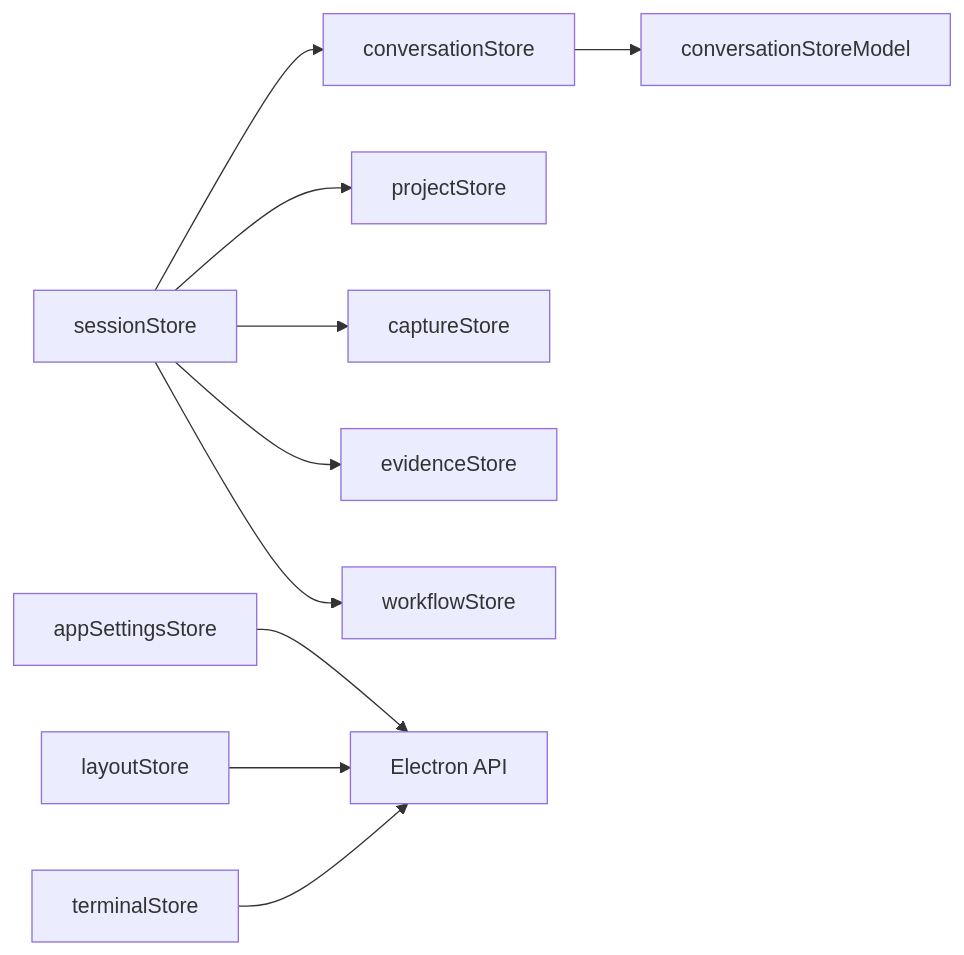
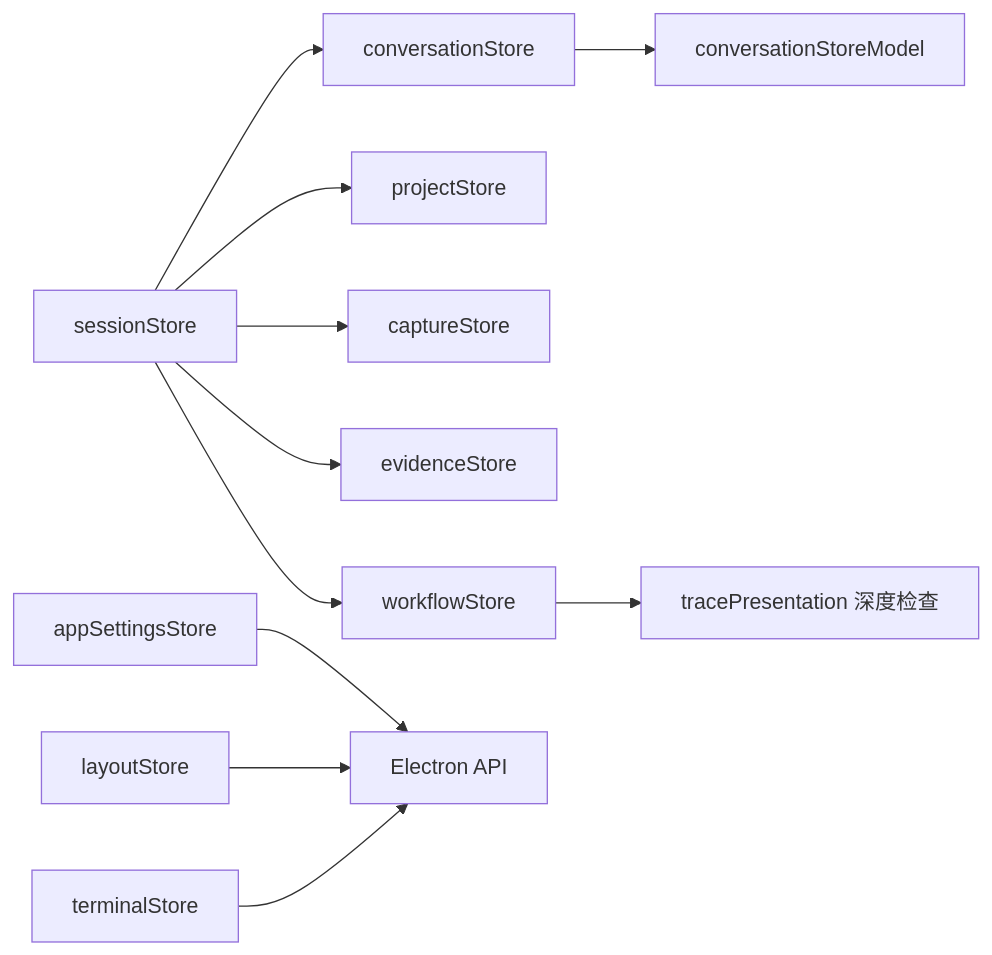
The eighth of 10 diagrams in .qoder/repowiki/zh/content/架构设计/渲染器架构/状态管理/状态管理.md (haolange/RDC-Agent), drawn with Mermaid before and after one commit. The commit also changed other lines of this file and 90 other files, not shown here.

````diff
--- a/.qoder/repowiki/zh/content/架构设计/渲染器架构/状态管理/状态管理.md
+++ b/.qoder/repowiki/zh/content/架构设计/渲染器架构/状态管理/状态管理.md
@@ -330,12 +381,13 @@
 ```mermaid
 graph LR
 CS["conversationStore"] --> CM["conversationStoreModel"]
 SS["sessionStore"] --> CS
 SS --> PS["projectStore"]
 SS --> CAP["captureStore"]
 SS --> EV["evidenceStore"]
 SS --> WF["workflowStore"]
 AS["appSettingsStore"] --> EA["Electron API"]
 LS["layoutStore"] --> EA
 TS["terminalStore"] --> EA
+WF --> TP["tracePresentation 深度检查"]
 ```
````
